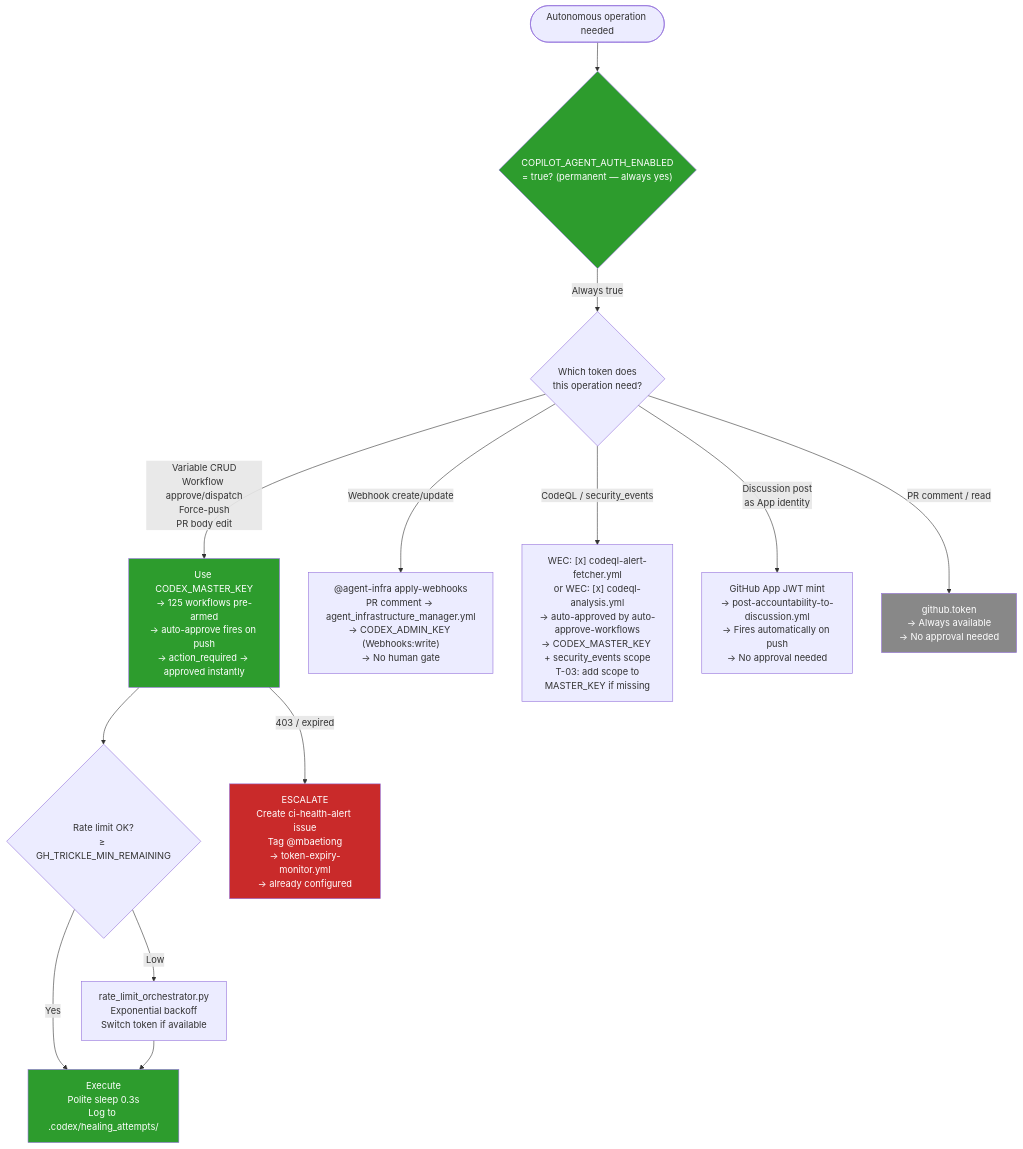
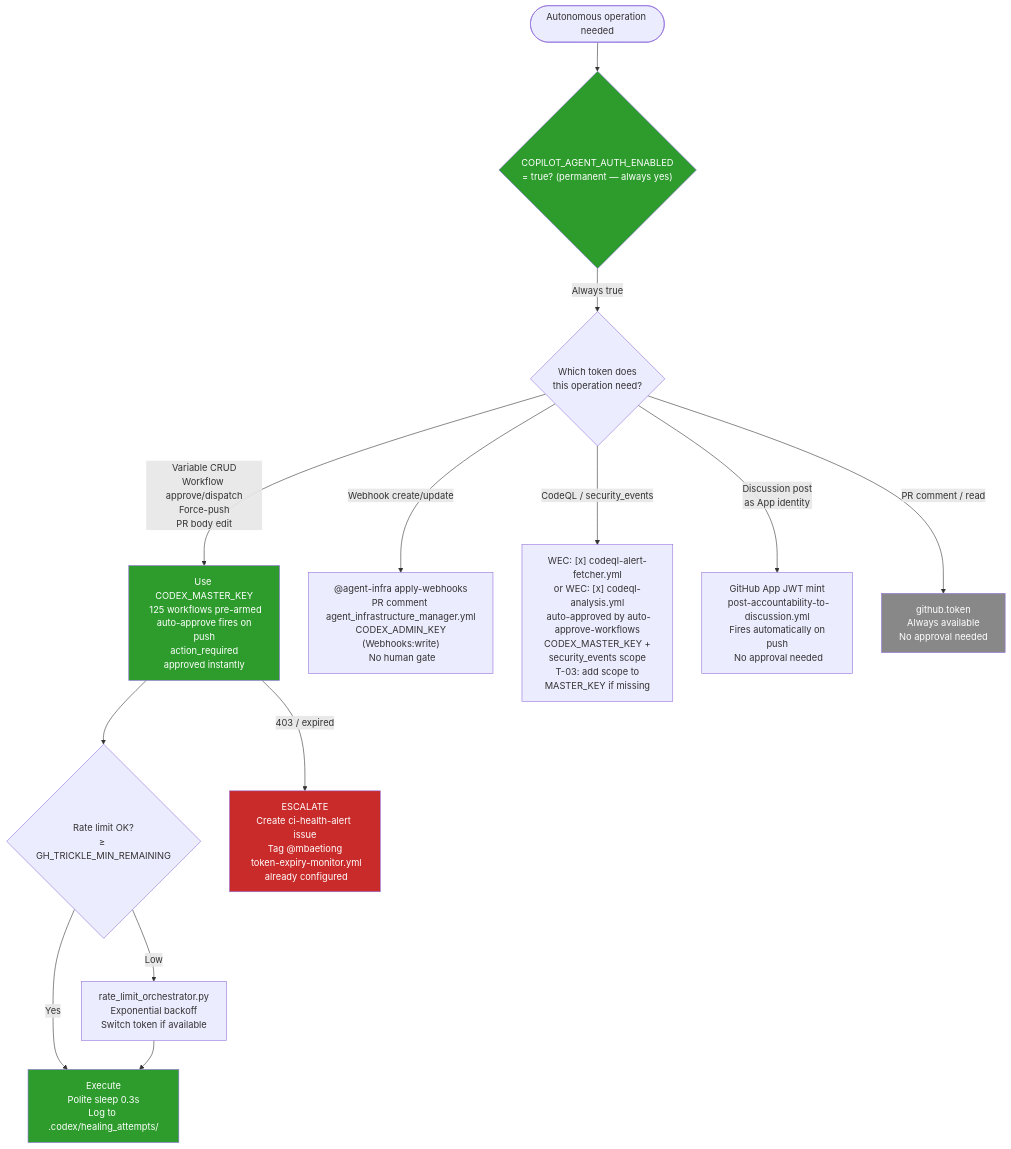
Before and after one commit to Aries-Serpent/_codex_: diagram 11 of 12 in docs/plans/AUTONOMOUS_PRIVILEGE_ARCHITECTURE.md, drawn with Mermaid. The commit also changed other lines of this file and 4117 other files, not shown here.

````diff
--- a/docs/plans/AUTONOMOUS_PRIVILEGE_ARCHITECTURE.md
+++ b/docs/plans/AUTONOMOUS_PRIVILEGE_ARCHITECTURE.md
@@ -455,30 +507,35 @@
 ```mermaid
-%%{init: {'accessibility': {'title': 'Flowchart showing "Autonomous operation needed", "Use CODEX_MASTER_KEY\n→ 125 workflows pre-armed\n→ auto-approve fires on push\n→ action_required → approved instantly"'}}%%
+%%{init: {'accessibility': {'title': 'Flowchart showing "Autonomous operation needed", "Use CODEX_MASTER_KEY\n 125 workflows pre-armed\n auto-approve fires on push\n action_required approved instantly"'}}%%
+
 flowchart TD
-    START(["Autonomous operation needed"]) --> AUTH_CHECK{"COPILOT_AGENT_AUTH_ENABLED\n= true? (permanent — always yes)"}
 
-    AUTH_CHECK -- " Always true" --> CHECK_TOKEN{"Which token does\nthis operation need?"}
+ START(["Autonomous operation needed"]) --> AUTH_CHECK{"COPILOT_AGENT_AUTH_ENABLED\n= true? (permanent — always yes)"}
 
-    CHECK_TOKEN -->|"Variable CRUD\nWorkflow approve/dispatch\nForce-push\nPR body edit"| USE_MK["Use CODEX_MASTER_KEY\n→ 125 workflows pre-armed\n→ auto-approve fires on push\n→ action_required → approved instantly"]
+ AUTH_CHECK -- " Always true" --> CHECK_TOKEN{"Which token does\nthis operation need?"}
 
-    CHECK_TOKEN -->|"Webhook create/update"| USE_INFRA["@agent-infra apply-webhooks\nPR comment → agent_infrastructure_manager.yml\n→ CODEX_ADMIN_KEY (Webhooks:write)\n→ No human gate"]
+ CHECK_TOKEN -->|"Variable CRUD\nWorkflow approve/dispatch\nForce-push\nPR body edit"| USE_MK["Use CODEX_MASTER_KEY\n 125 workflows pre-armed\n auto-approve fires on push\n action_required approved instantly"]
 
-    CHECK_TOKEN -->|"CodeQL / security_events"| USE_FETCHER["WEC: [x] codeql-alert-fetcher.yml\nor WEC: [x] codeql-analysis.yml\n→ auto-approved by auto-approve-workflows\n→ CODEX_MASTER_KEY + security_events scope\n️ T-03: add scope to MASTER_KEY if missing"]
+ CHECK_TOKEN -->|"Webhook create/update"| USE_INFRA["@agent-infra apply-webhooks\nPR comment agent_infrastructure_manager.yml\n CODEX_ADMIN_KEY (Webhooks:write)\n No human gate"]
 
-    CHECK_TOKEN -->|"Discussion post\nas App identity"| USE_APP["GitHub App JWT mint\n→ post-accountability-to-discussion.yml\n→ Fires automatically on push\n→ No approval needed"]
+ CHECK_TOKEN -->|"CodeQL / security_events"| USE_FETCHER["WEC: [x] codeql-alert-fetcher.yml\nor WEC: [x] codeql-analysis.yml\n auto-approved by auto-approve-workflows\n CODEX_MASTER_KEY + security_events scope\n T-03: add scope to MASTER_KEY if missing"]
 
-    CHECK_TOKEN -->|"PR comment / read"| USE_GT["github.token\n→ Always available\n→ No approval needed"]
+ CHECK_TOKEN -->|"Discussion post\nas App identity"| USE_APP["GitHub App JWT mint\n post-accountability-to-discussion.yml\n Fires automatically on push\n No approval needed"]
 
-    USE_MK --> RATE_CHECK{"Rate limit OK?\n≥ GH_TRICKLE_MIN_REMAINING"}
-    RATE_CHECK -- " Yes" --> EXECUTE[" Execute\nPolite sleep 0.3s\nLog to .codex/healing_attempts/"]
-    RATE_CHECK -- "️ Low" --> BACKOFF["rate_limit_orchestrator.py\nExponential backoff\nSwitch token if available"]
-    BACKOFF --> EXECUTE
+ CHECK_TOKEN -->|"PR comment / read"| USE_GT["github.token\n Always available\n No approval needed"]
 
-    USE_MK -->|"403 / expired"| ESCALATE_TOKEN[" ESCALATE\nCreate ci-health-alert issue\nTag @mbaetiong\n→ token-expiry-monitor.yml\n→ already configured"]
+ USE_MK --> RATE_CHECK{"Rate limit OK?\n≥ GH_TRICKLE_MIN_REMAINING"}
 
-    style AUTH_CHECK fill:#2d9c2d,color:#fff
-    style EXECUTE fill:#2d9c2d,color:#fff
-    style USE_MK fill:#2d9c2d,color:#fff
-    style ESCALATE_TOKEN fill:#c92a2a,color:#fff
-    style USE_GT fill:#888,color:#fff
+ RATE_CHECK -- " Yes" --> EXECUTE[" Execute\nPolite sleep 0.3s\nLog to .codex/healing_attempts/"]
+
+ RATE_CHECK -- " Low" --> BACKOFF["rate_limit_orchestrator.py\nExponential backoff\nSwitch token if available"]
+
+ BACKOFF --> EXECUTE
+
+ USE_MK -->|"403 / expired"| ESCALATE_TOKEN[" ESCALATE\nCreate ci-health-alert issue\nTag @mbaetiong\n token-expiry-monitor.yml\n already configured"]
+
+ style AUTH_CHECK fill:#2d9c2d,color:#fff
+ style EXECUTE fill:#2d9c2d,color:#fff
+ style USE_MK fill:#2d9c2d,color:#fff
+ style ESCALATE_TOKEN fill:#c92a2a,color:#fff
+ style USE_GT fill:#888,color:#fff
 ```
````
